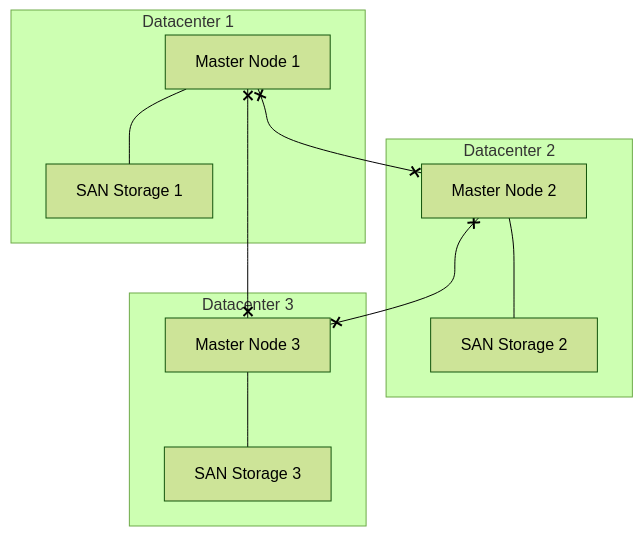
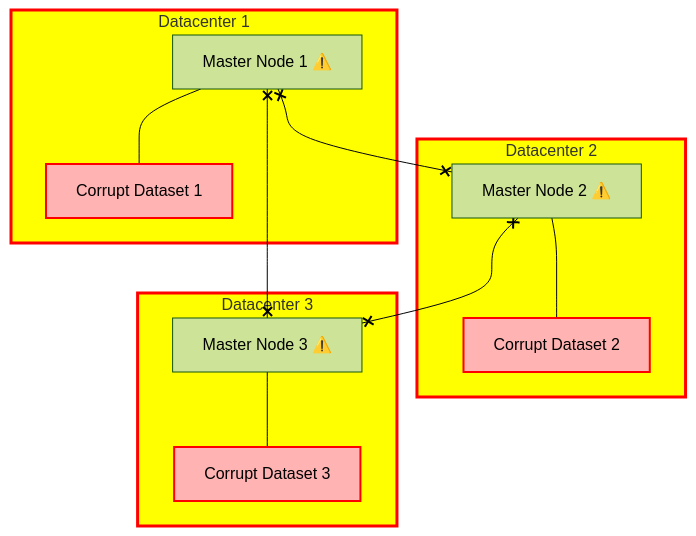
The fifth of 5 diagrams in README.md (zokahn/stretchy), drawn with Mermaid (forest theme) before and after one commit. The commit also changed other lines of this file, not shown here.

````diff
--- a/README.md
+++ b/README.md
@@ -193,21 +212,37 @@
 ```mermaid
 graph TD
-    subgraph "Datacenter 1"
-        A[Master Node 1]
-        SAN1[SAN Storage 1]
+    subgraph DC1["Datacenter 1"]
+        A[Master Node 1 ⚠️]
+        SAN1[Corrupt Dataset 1]
     end
-    subgraph "Datacenter 2"
-        B[Master Node 2]
-        SAN2[SAN Storage 2]
+
+    subgraph DC2["Datacenter 2"]
+        B[Master Node 2 ⚠️]
+        SAN2[Corrupt Dataset 2]
     end
-    subgraph "Datacenter 3"
-        C[Master Node 3]
-        SAN3[SAN Storage 3]
+
+    subgraph DC3["Datacenter 3"]
+        C[Master Node 3 ⚠️]
+        SAN3[Corrupt Dataset 3]
     end
+
+    %% Broken control-plane links
     A x--x B
     B x--x C
     C x--x A
+
+    %% Storage connections
     A --- SAN1
     B --- SAN2
     C --- SAN3
+
+    %% Styling datacenters (yellow but with red border for outage)
+    style DC1 fill:#FFFF00,stroke:#f00,stroke-width:3px
+    style DC2 fill:#FFFF00,stroke:#f00,stroke-width:3px
+    style DC3 fill:#FFFF00,stroke:#f00,stroke-width:3px
+
+    %% Styling corrupted datasets
+    style SAN1 fill:#FFB3B3,stroke:#f00,stroke-width:2px
+    style SAN2 fill:#FFB3B3,stroke:#f00,stroke-width:2px
+    style SAN3 fill:#FFB3B3,stroke:#f00,stroke-width:2px
 ```
````
